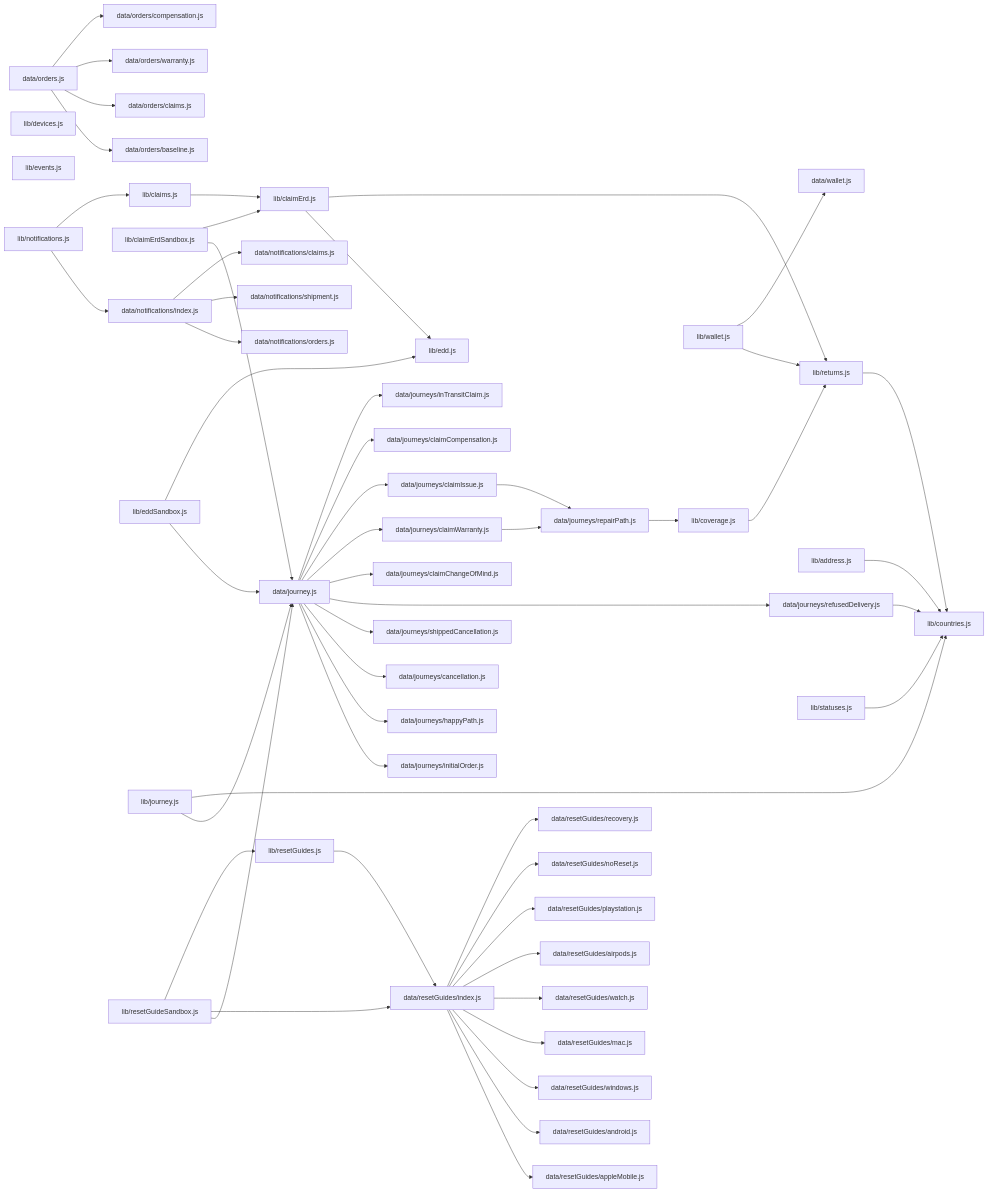
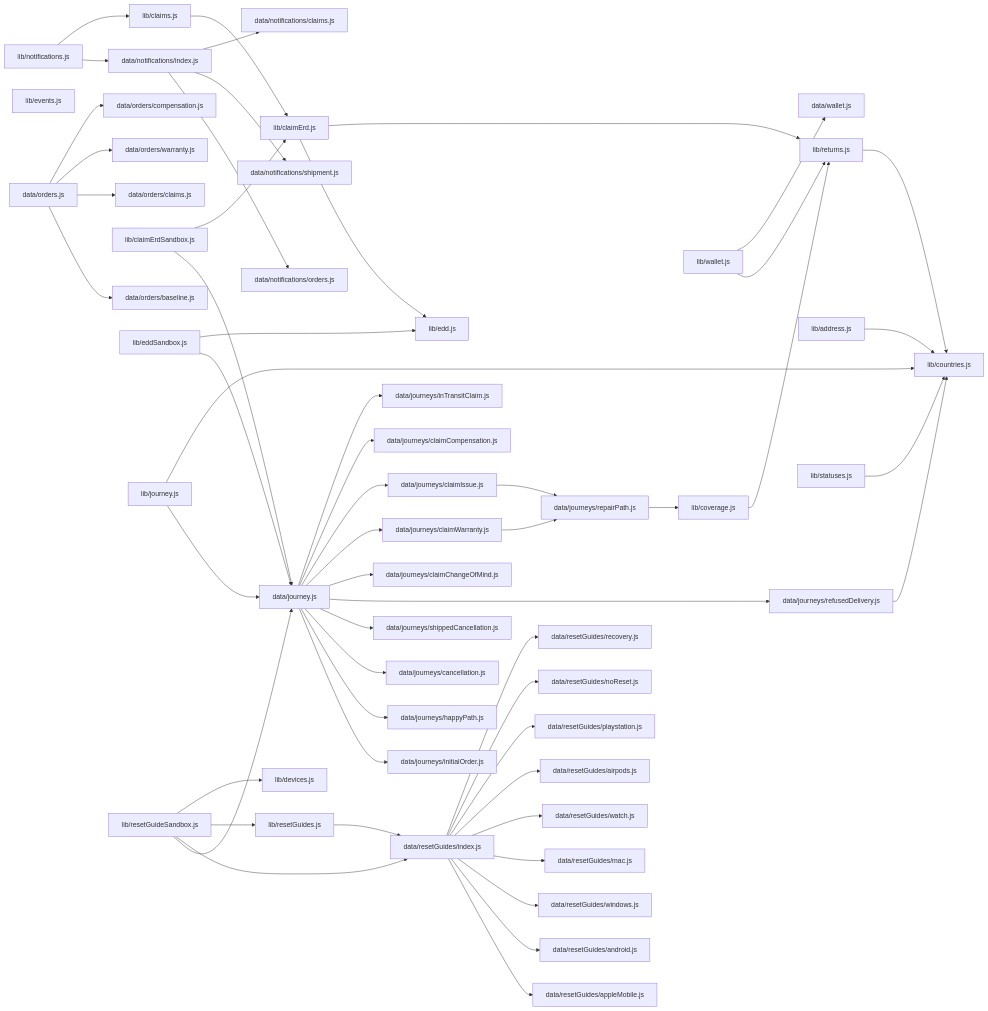
Before and after one commit to andrea-revibe/my-account-redesign-v2: the diagram in docs/code_map.md, drawn with Mermaid. The commit also changed other lines of this file and 22 other files, not shown here.

```diff
--- a/docs/code_map.md
+++ b/docs/code_map.md
@@ -383,6 +384,7 @@
   lib_resetGuideSandbox_js --> data_journey_js
   lib_resetGuideSandbox_js --> data_resetGuides_index_js
   lib_resetGuideSandbox_js --> lib_resetGuides_js
+  lib_resetGuideSandbox_js --> lib_devices_js
   lib_resetGuides_js --> data_resetGuides_index_js
   lib_returns_js --> lib_countries_js
   lib_statuses_js --> lib_countries_js
```
